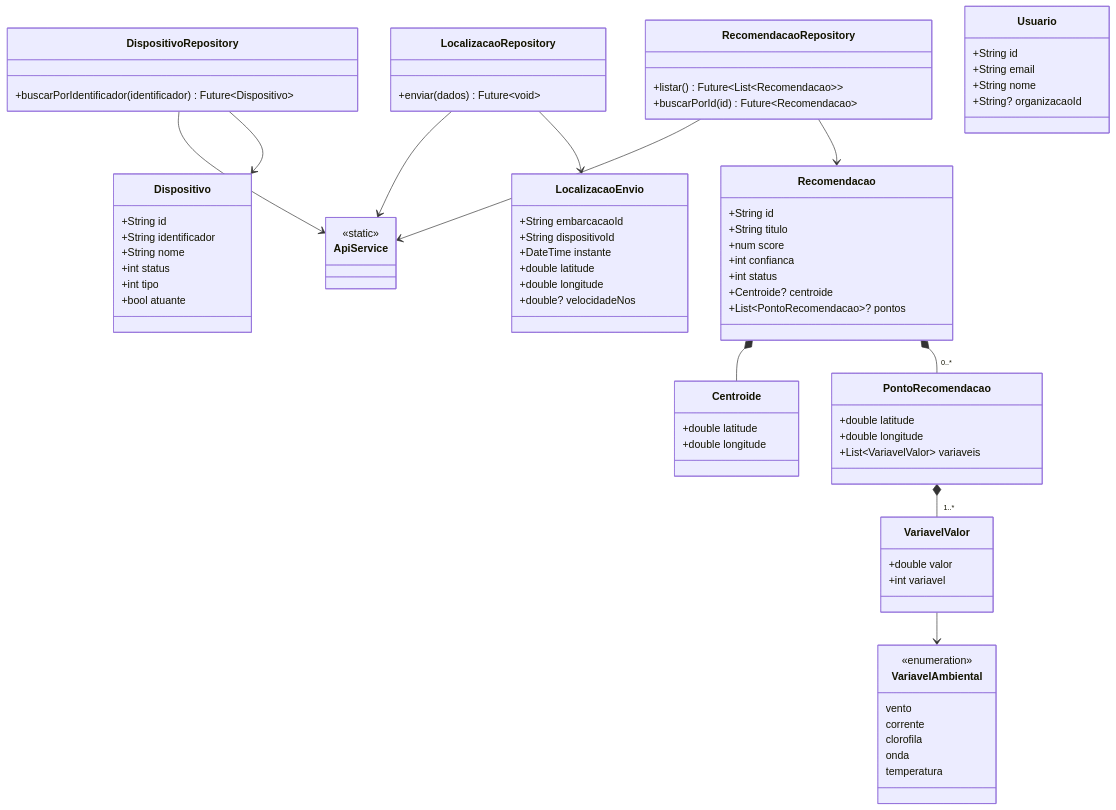
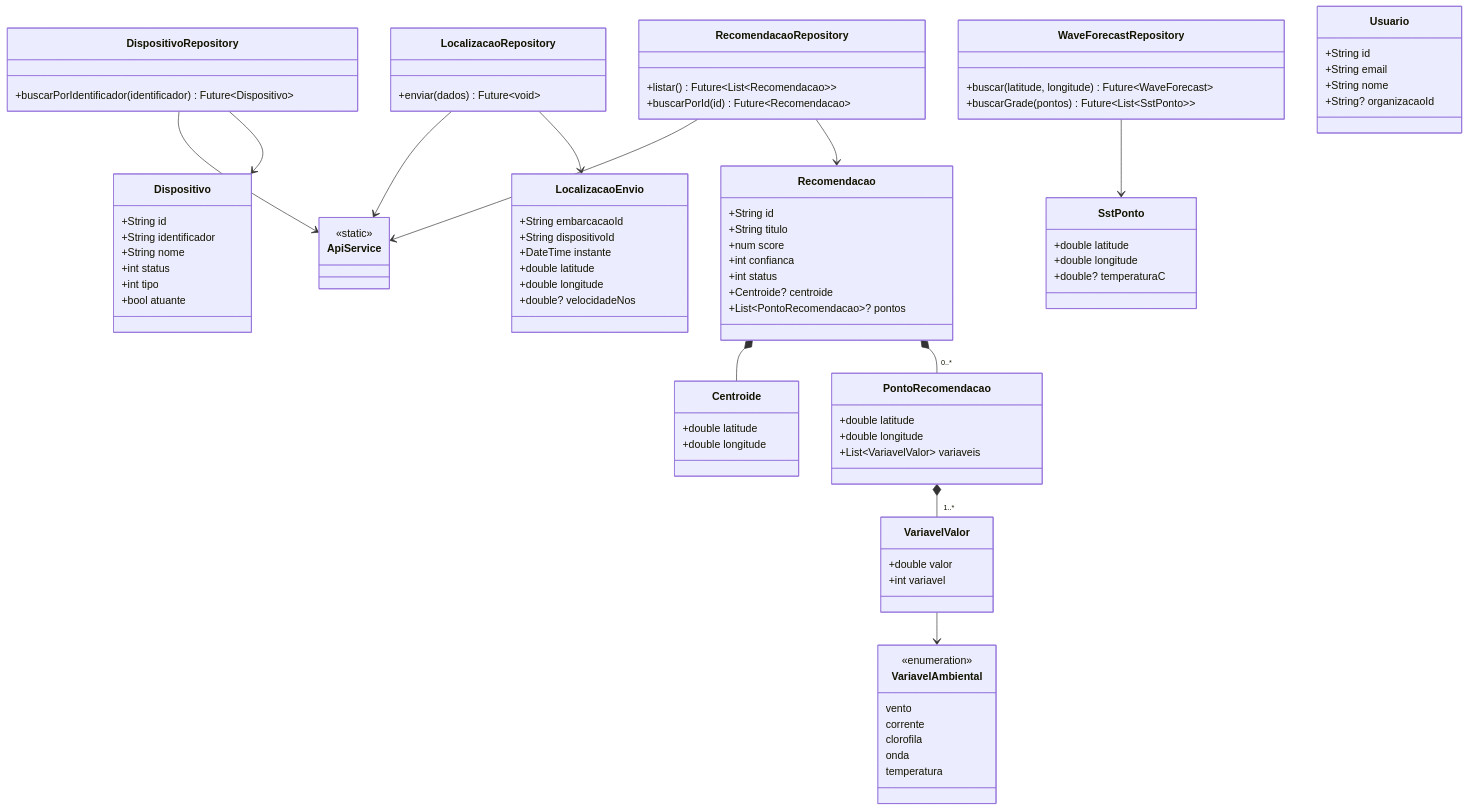
Before and after one commit to pedromagalhaes2083/BLUE_OCEAN_ATLAS: the second of 3 diagrams in DOCUMENTACAO.md, drawn with Mermaid. The commit also changed other lines of this file and 35 other files, not shown here.

```diff
--- a/DOCUMENTACAO.md
+++ b/DOCUMENTACAO.md
@@ -1309,6 +1438,10 @@
     class RecomendacaoRepository {
         +listar() Future~List~Recomendacao~~
         +buscarPorId(id) Future~Recomendacao~
+    }
+    class WaveForecastRepository {
+        +buscar(latitude, longitude) Future~WaveForecast~
+        +buscarGrade(pontos) Future~List~SstPonto~~
     }
     class Dispositivo {
         +String id
@@ -1325,6 +1458,11 @@
         +double latitude
         +double longitude
         +double? velocidadeNos
+    }
+    class SstPonto {
+        +double latitude
+        +double longitude
+        +double? temperaturaC
     }
     class Recomendacao {
         +String id
@@ -1369,6 +1507,7 @@
     LocalizacaoRepository --> LocalizacaoEnvio
     RecomendacaoRepository --> ApiService
     RecomendacaoRepository --> Recomendacao
+    WaveForecastRepository --> SstPonto
     Recomendacao *-- Centroide
     Recomendacao *-- "0..*" PontoRecomendacao
     PontoRecomendacao *-- "1..*" VariavelValor
```
